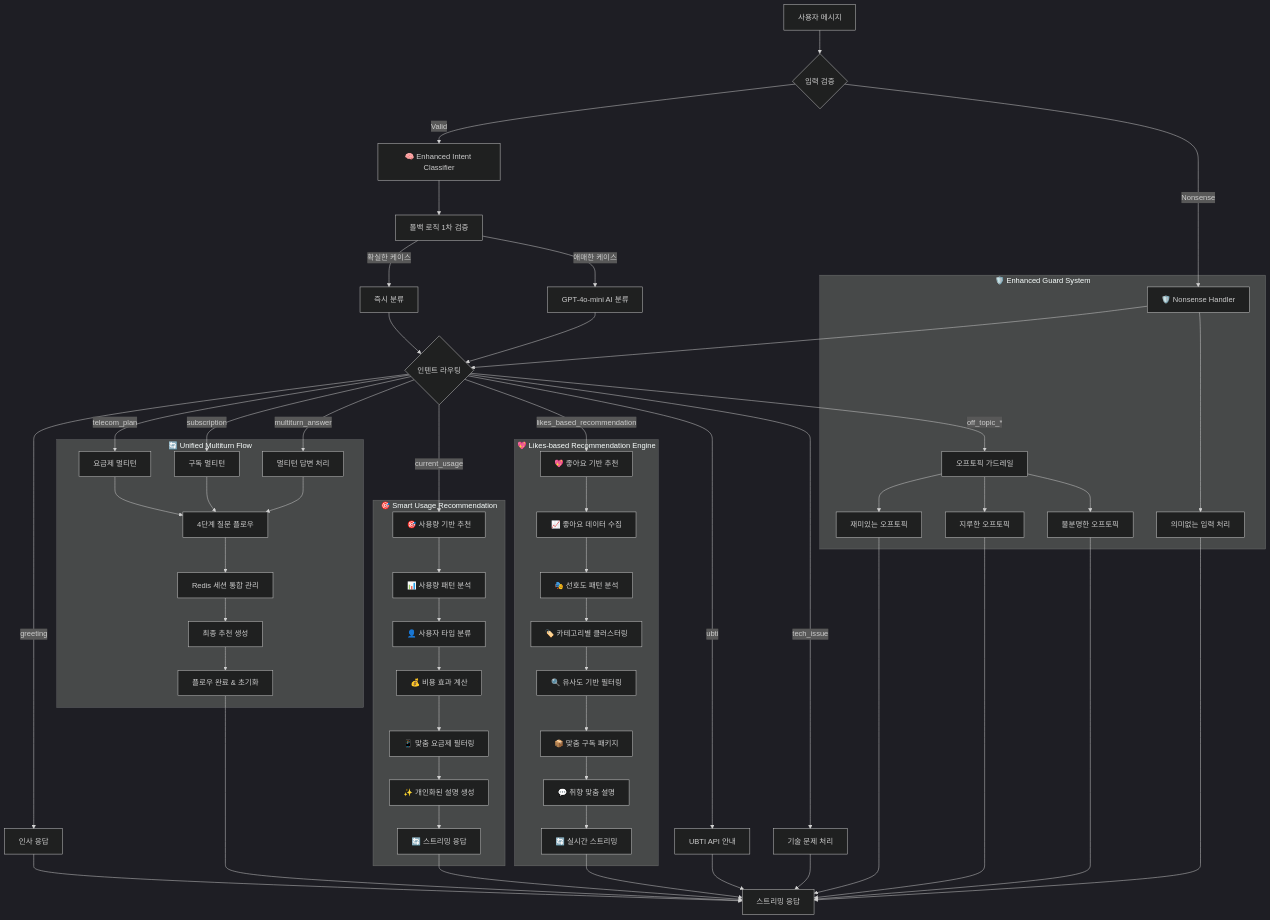
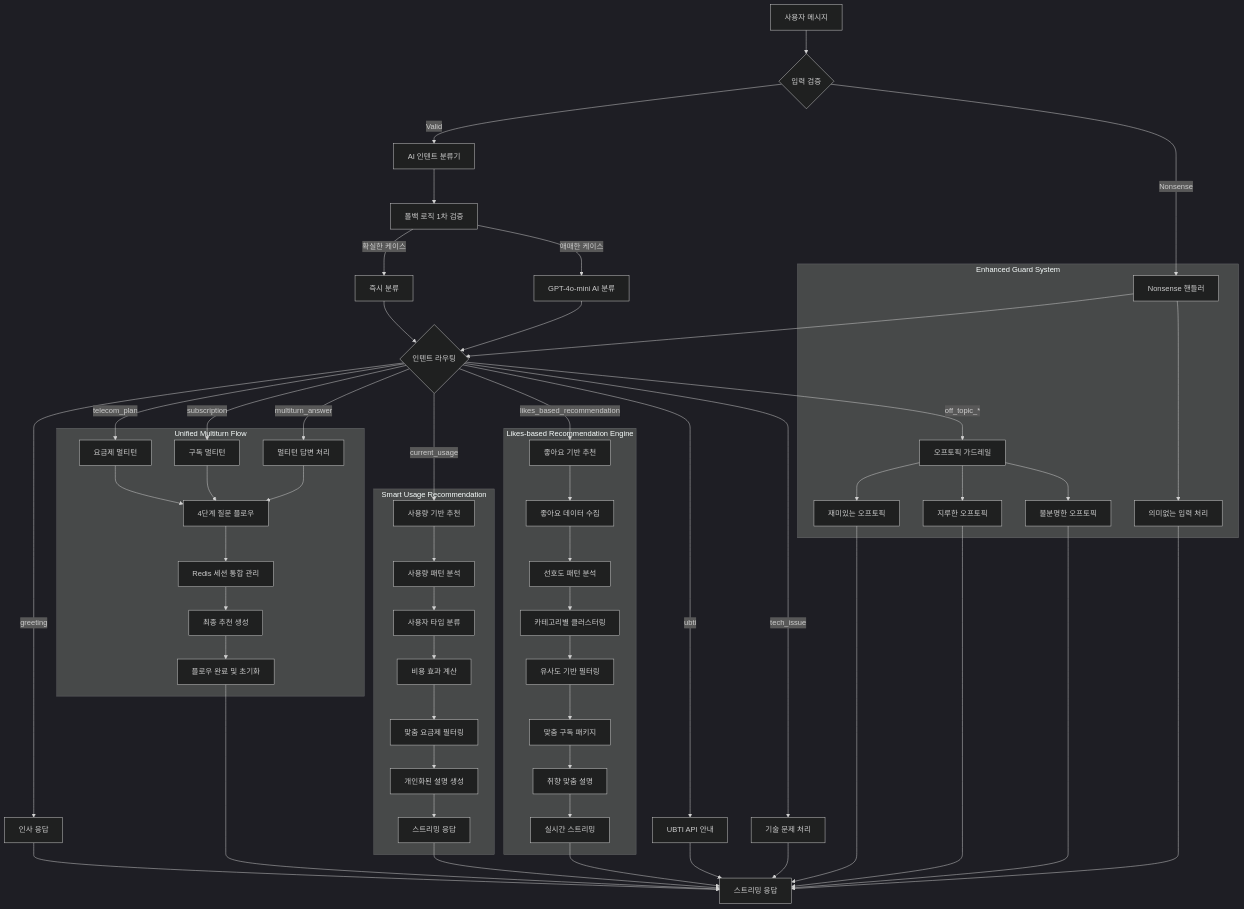
One commit to Ureca-Middle-Project-Team4/4EVER0-AI changed the third of 6 diagrams in README.md. Above: the diagram before and after it, drawn with Mermaid (dark theme). The commit also changed other lines of this file and 6 other files, not shown here.

````diff
--- a/README.md
+++ b/README.md
@@ -114,70 +238,70 @@
 ```mermaid
 graph TD
     A[사용자 메시지] --> B{입력 검증}
-    B -->|Valid| C[🧠 Enhanced Intent Classifier]
-    B -->|Nonsense| H[🛡️ Nonsense Handler]
+    B -->|Valid| C[AI 인텐트 분류기]
+    B -->|Nonsense| H[Nonsense 핸들러]
     
     C --> D[폴백 로직 1차 검증]
     D -->|확실한 케이스| E[즉시 분류]
     D -->|애매한 케이스| F[GPT-4o-mini AI 분류]
     
     E --> G{인텐트 라우팅}
     F --> G
     H --> G
     
     G -->|greeting| I[인사 응답]
     G -->|telecom_plan| J[요금제 멀티턴]
     G -->|subscription| K[구독 멀티턴]
     G -->|multiturn_answer| L[멀티턴 답변 처리]
     G -->|off_topic_*| M[오프토픽 가드레일]
-    G -->|current_usage| N[🎯 사용량 기반 추천]
-    G -->|likes_based_recommendation| O[💖 좋아요 기반 추천]
+    G -->|current_usage| N[사용량 기반 추천]
+    G -->|likes_based_recommendation| O[좋아요 기반 추천]
     G -->|ubti| P[UBTI API 안내]
     G -->|tech_issue| Q[기술 문제 처리]
     
-    subgraph "🔄 Unified Multiturn Flow"
+    subgraph "Unified Multiturn Flow"
         J --> R[4단계 질문 플로우]
         K --> R
         L --> R
         R --> S[Redis 세션 통합 관리]
         S --> T[최종 추천 생성]
-        T --> U[플로우 완료 & 초기화]
+        T --> U[플로우 완료 및 초기화]
     end
     
-    subgraph "🎯 Smart Usage Recommendation"
-        N --> V[📊 사용량 패턴 분석]
-        V --> W[👤 사용자 타입 분류]
-        W --> X[💰 비용 효과 계산]
-        X --> Y[📱 맞춤 요금제 필터링]
-        Y --> Z[✨ 개인화된 설명 생성]
-        Z --> AA[🔄 스트리밍 응답]
+    subgraph "Smart Usage Recommendation"
+        N --> V[사용량 패턴 분석]
+        V --> W[사용자 타입 분류]
+        W --> X[비용 효과 계산]
+        X --> Y[맞춤 요금제 필터링]
+        Y --> Z[개인화된 설명 생성]
+        Z --> AA[스트리밍 응답]
     end
     
-    subgraph "💖 Likes-based Recommendation Engine"
-        O --> AB[📈 좋아요 데이터 수집]
-        AB --> AC[🎭 선호도 패턴 분석]
-        AC --> AD[🏷️ 카테고리별 클러스터링]
-        AD --> AE[🔍 유사도 기반 필터링]
-        AE --> AF[📦 맞춤 구독 패키지]
-        AF --> AG[💬 취향 맞춤 설명]
-        AG --> AH[🔄 실시간 스트리밍]
+    subgraph "Likes-based Recommendation Engine"
+        O --> AB[좋아요 데이터 수집]
+        AB --> AC[선호도 패턴 분석]
+        AC --> AD[카테고리별 클러스터링]
+        AD --> AE[유사도 기반 필터링]
+        AE --> AF[맞춤 구독 패키지]
+        AF --> AG[취향 맞춤 설명]
+        AG --> AH[실시간 스트리밍]
     end
     
-    subgraph "🛡️ Enhanced Guard System"
+    subgraph "Enhanced Guard System"
         M --> AI[재미있는 오프토픽]
         M --> AJ[지루한 오프토픽]
         M --> AK[불분명한 오프토픽]
         H --> AL[의미없는 입력 처리]
     end
     
     I --> AM[스트리밍 응답]
     AI --> AM
     AJ --> AM
     AK --> AM
     AL --> AM
     P --> AM
     Q --> AM
     U --> AM
     AA --> AM
     AH --> AM
 ```
````
